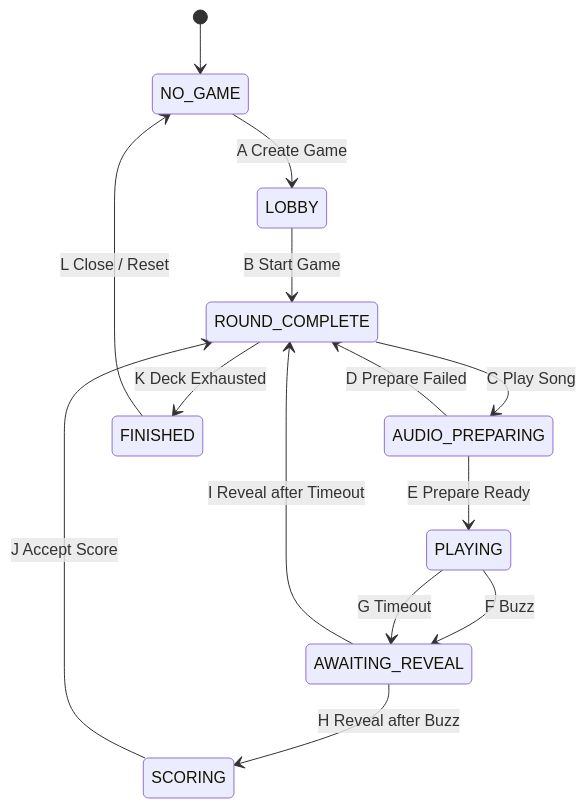
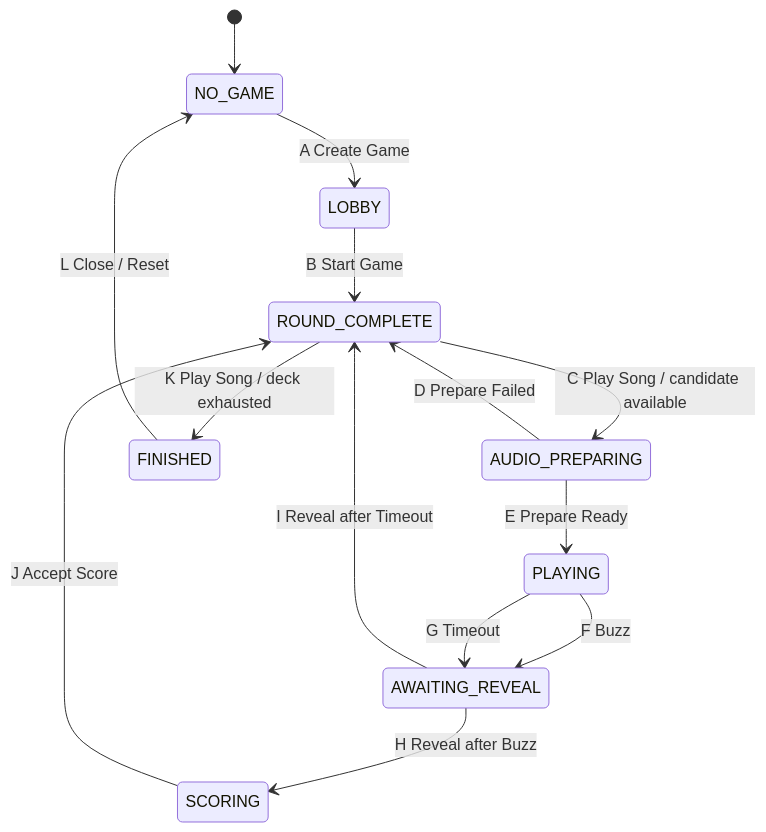
The diagram in PROJECT.md (blackshirtcoder/whoSingsThat), drawn with Mermaid before and after one commit. The commit also changed other lines of this file and 14 other files, not shown here.

Commit message:
Defer game finalization until Songmaster advances exhausted deck

````diff
--- a/PROJECT.md
+++ b/PROJECT.md
@@ -568,22 +584,22 @@
 ```mermaid
 stateDiagram-v2
     [*] --> NO_GAME
 
     NO_GAME --> LOBBY: A Create Game
     LOBBY --> ROUND_COMPLETE: B Start Game
 
-    ROUND_COMPLETE --> AUDIO_PREPARING: C Play Song
+    ROUND_COMPLETE --> AUDIO_PREPARING: C Play Song / candidate available
     AUDIO_PREPARING --> ROUND_COMPLETE: D Prepare Failed
     AUDIO_PREPARING --> PLAYING: E Prepare Ready
 
     PLAYING --> AWAITING_REVEAL: F Buzz
     PLAYING --> AWAITING_REVEAL: G Timeout
 
     AWAITING_REVEAL --> SCORING: H Reveal after Buzz
     AWAITING_REVEAL --> ROUND_COMPLETE: I Reveal after Timeout
 
     SCORING --> ROUND_COMPLETE: J Accept Score
 
-    ROUND_COMPLETE --> FINISHED: K Deck Exhausted
+    ROUND_COMPLETE --> FINISHED: K Play Song / deck exhausted
     FINISHED --> NO_GAME: L Close / Reset
 ```
````
